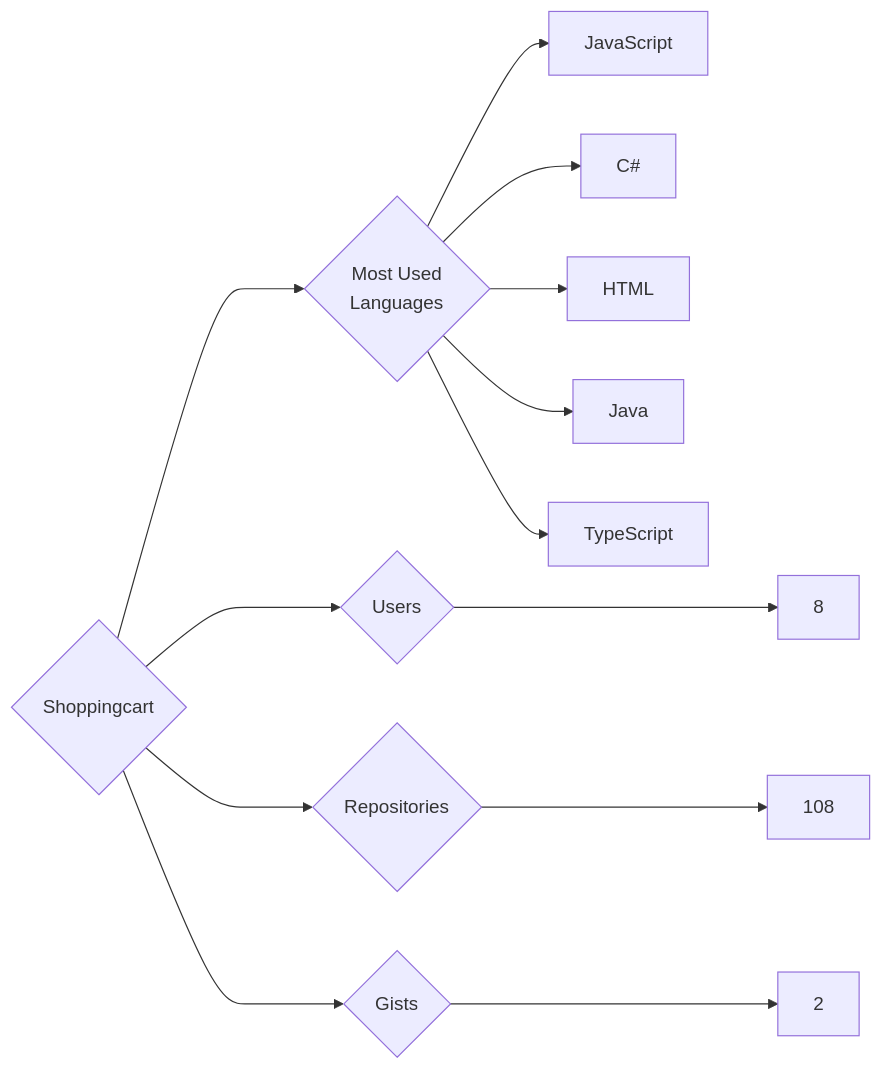
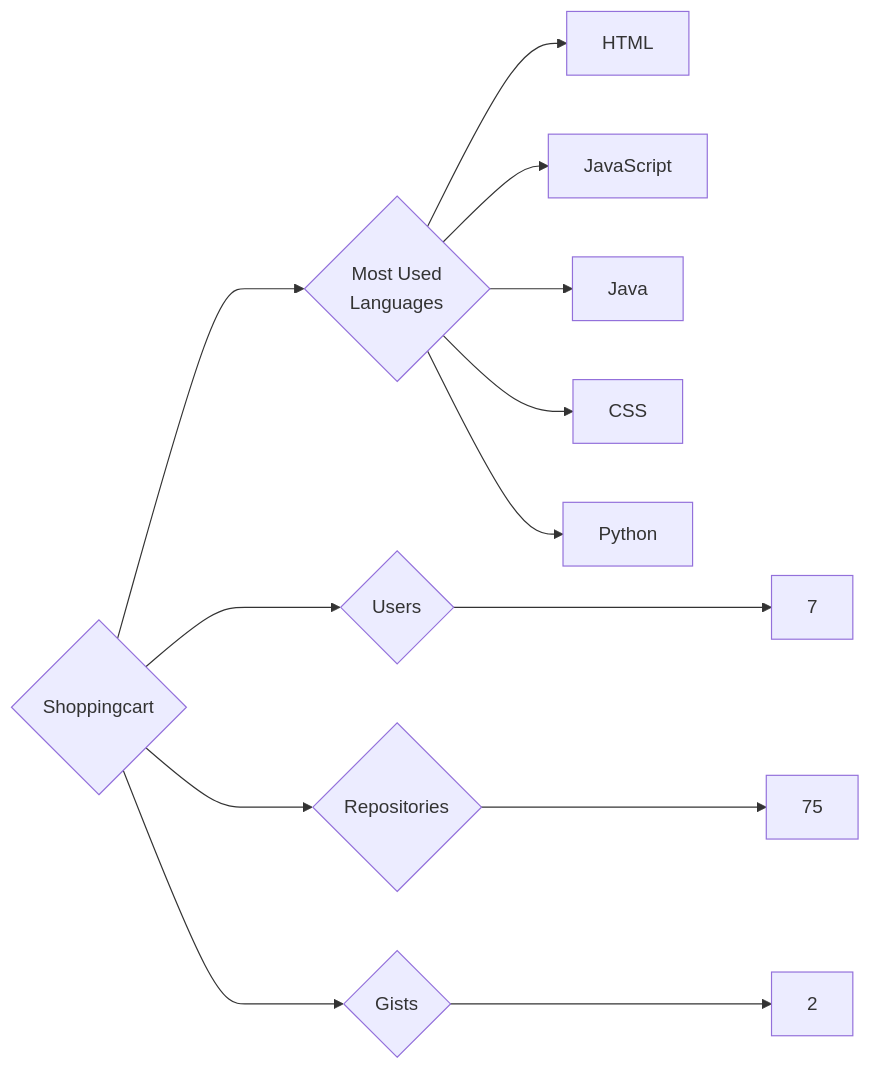
The diagram in targets/Shoppingcart/README.md (trickest/insiders), drawn with Mermaid before and after one commit. The commit also changed 1508 other files, not shown here.

````diff
--- a/targets/Shoppingcart/README.md
+++ b/targets/Shoppingcart/README.md
@@ -3,13 +3,13 @@
 ```mermaid
 graph LR
 COMPANY_NAME{Shoppingcart}
-COMPANY_NAME ---> U{Users} ---> UN[8]
-COMPANY_NAME ---> R{Repositories} ---> RN[108]
+COMPANY_NAME ---> U{Users} ---> UN[7]
+COMPANY_NAME ---> R{Repositories} ---> RN[75]
 COMPANY_NAME ---> G{Gists} ---> GN[2]
 COMPANY_NAME ---> ML{Most Used<br>Languages}
+ML --> HTML[HTML]
 ML --> JavaScript[JavaScript]
-ML --> C#[C#]
-ML --> HTML[HTML]
 ML --> Java[Java]
-ML --> TypeScript[TypeScript]
+ML --> CSS[CSS]
+ML --> Python[Python]
 ```
````
